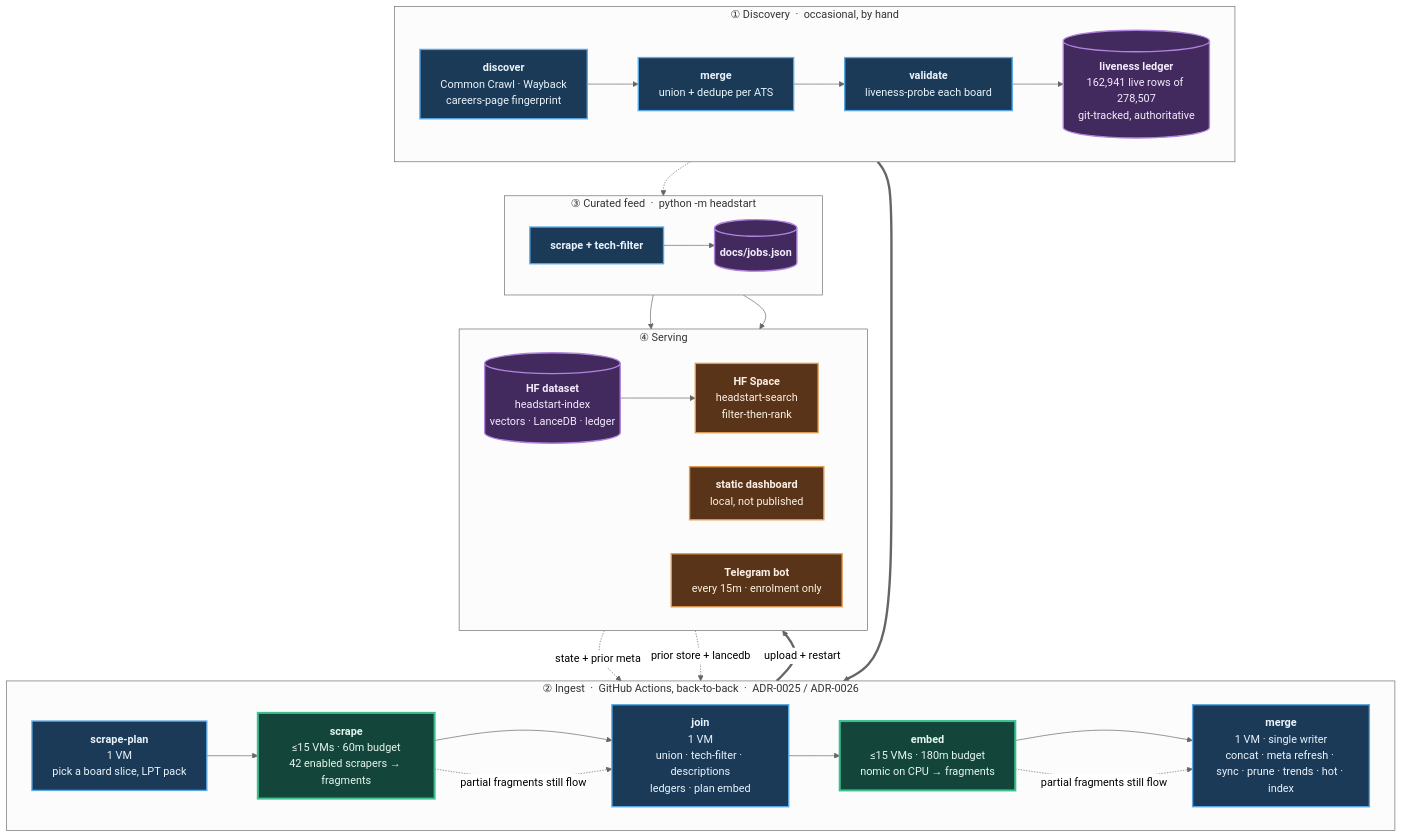
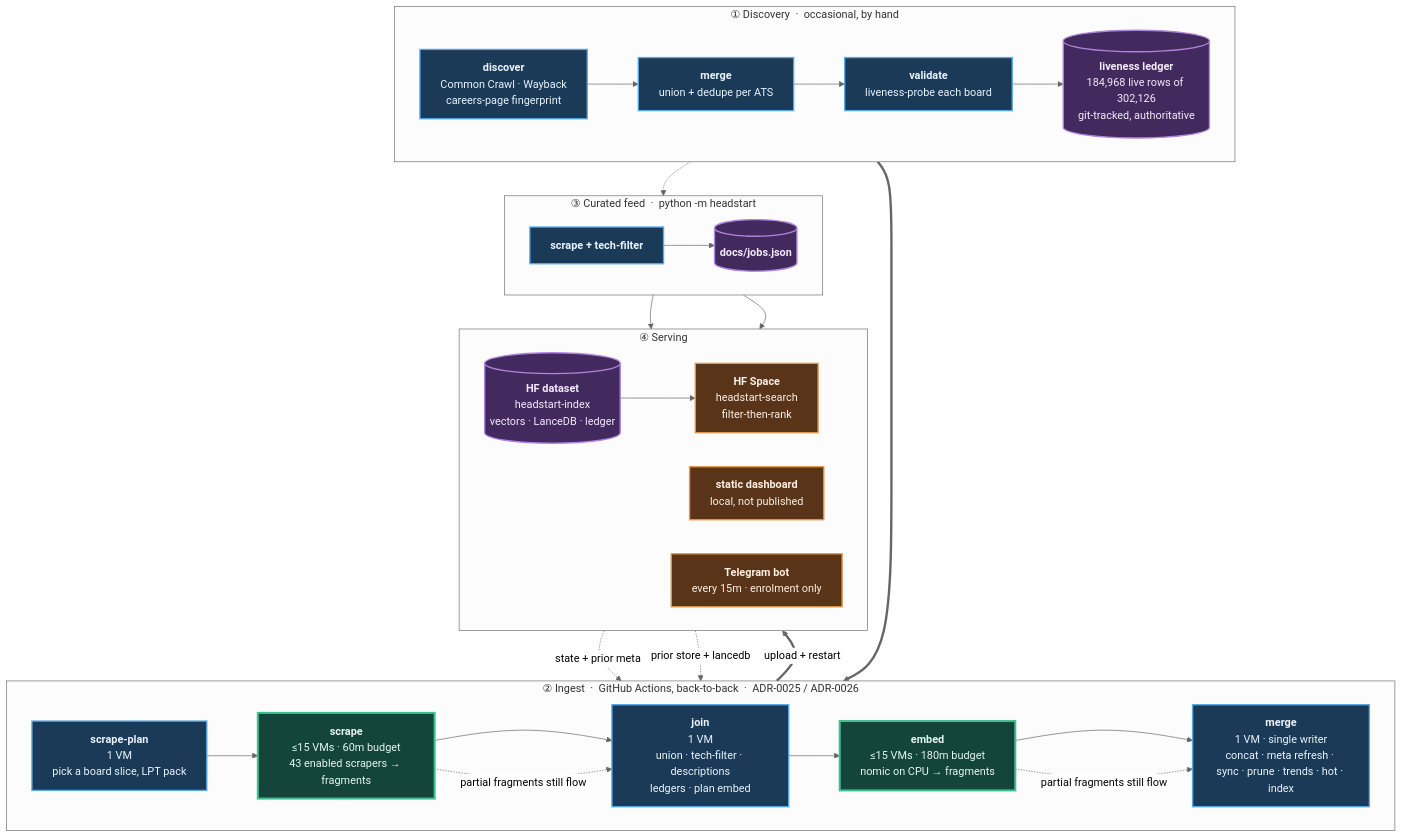
One commit to sarthakjain004/headstart changed the diagram in README.md. Above: the diagram before and after it, drawn with Mermaid (neutral theme). The commit also changed other lines of this file and 22 other files, not shown here.

````diff
--- a/README.md
+++ b/README.md
@@ -165,56 +167,56 @@
 ```mermaid
 flowchart TB
     subgraph D["① Discovery &nbsp;·&nbsp; occasional, by hand"]
         direction LR
         D1["<b>discover</b><br/>Common Crawl · Wayback<br/>careers-page fingerprint"]
         D2["<b>merge</b><br/>union + dedupe per ATS"]
         D3["<b>validate</b><br/>liveness-probe each board"]
-        D4[("<b>liveness ledger</b><br/>162,941 live rows of 278,507<br/>git-tracked, authoritative")]
+        D4[("<b>liveness ledger</b><br/>184,968 live rows of 302,126<br/>git-tracked, authoritative")]
         D1 --> D2 --> D3 --> D4
     end
 
     subgraph P["② Ingest &nbsp;·&nbsp; GitHub Actions, back-to-back &nbsp;·&nbsp; ADR-0025 / ADR-0026"]
         direction LR
         P1["<b>scrape-plan</b><br/>1 VM<br/>pick a board slice, LPT pack"]
-        P2["<b>scrape</b><br/>≤15 VMs · 60m budget<br/>42 enabled scrapers → fragments"]
+        P2["<b>scrape</b><br/>≤15 VMs · 60m budget<br/>43 enabled scrapers → fragments"]
         P3["<b>join</b><br/>1 VM<br/>union · tech-filter · descriptions<br/>ledgers · plan embed"]
         P4["<b>embed</b><br/>≤15 VMs · 180m budget<br/>nomic on CPU → fragments"]
         P5["<b>merge</b><br/>1 VM · single writer<br/>concat · meta refresh · sync · prune · trends · hot · index"]
         P1 --> P2 --> P3 --> P4 --> P5
     end
 
     subgraph F["③ Curated feed &nbsp;·&nbsp; python -m headstart"]
         direction LR
         F1["<b>scrape + tech-filter</b>"]
         F2[("<b>docs/jobs.json</b>")]
         F1 --> F2
     end
 
     subgraph S["④ Serving"]
         direction LR
         S1[("<b>HF dataset</b><br/>headstart-index<br/>vectors · LanceDB · ledger")]
         S2["<b>HF Space</b><br/>headstart-search<br/>filter-then-rank"]
         S3["<b>static dashboard</b><br/>local, not published"]
         S4["<b>Telegram bot</b><br/>every 15m · enrolment only"]
         S1 --> S2
     end
 
     D4 ==> P1
     S1 -. "state + prior meta" .-> P1
     S1 -. "prior store + lancedb" .-> P5
     D4 -.-> F1
     P5 ==>|"upload + restart"| S1
     F2 --> S3
     F2 --> S4
     P2 -. "partial fragments still flow" .-> P3
     P4 -. "partial fragments still flow" .-> P5
 
     classDef serial fill:#1b3a57,stroke:#5aa9e6,stroke-width:2px,color:#eaf4fc
     classDef fan fill:#14453a,stroke:#3fbf8f,stroke-width:3px,color:#e4f7f0
     classDef store fill:#42295e,stroke:#b184dd,stroke-width:2px,color:#f4ecfc
     classDef serve fill:#5a3418,stroke:#e09a4f,stroke-width:2px,color:#fbf1e6
     class D1,D2,D3,P1,P3,P5,F1 serial
     class P2,P4 fan
     class D4,F2,S1 store
     class S2,S3,S4 serve
 ```
````
